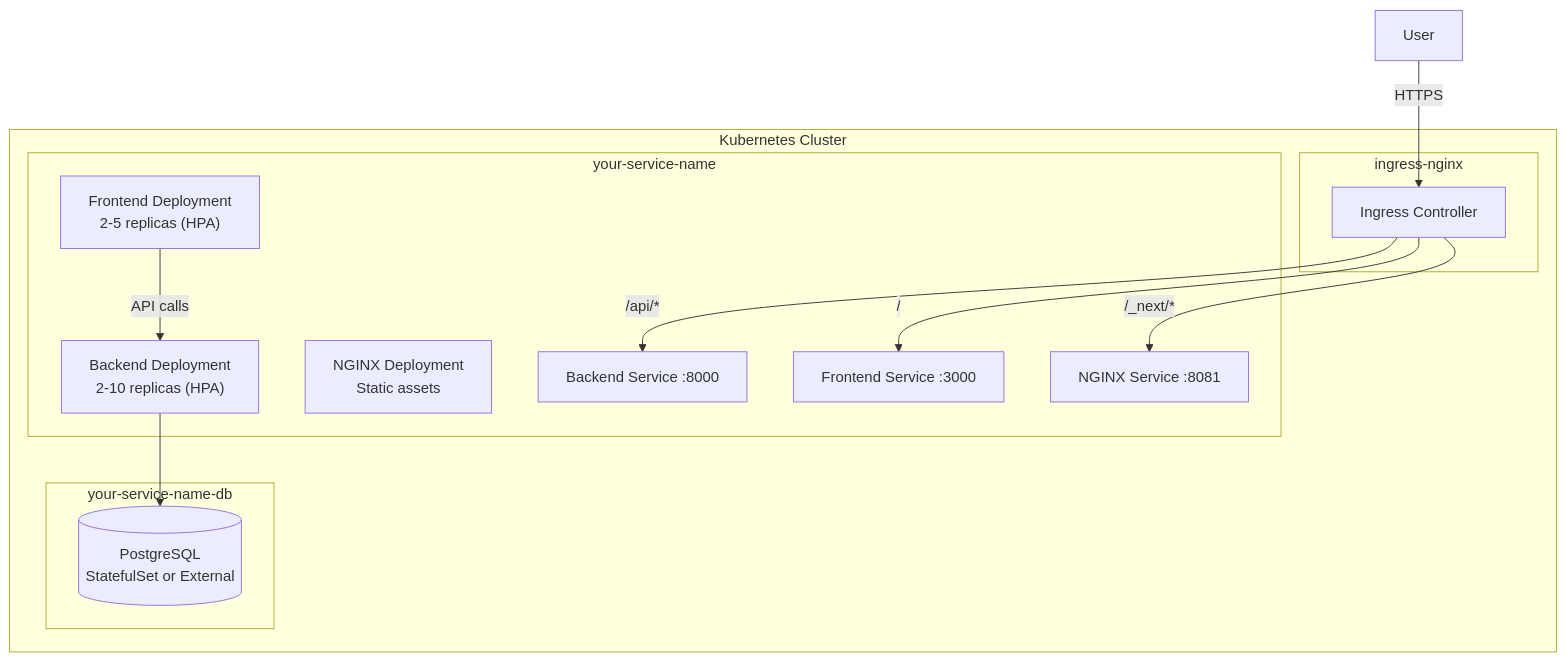
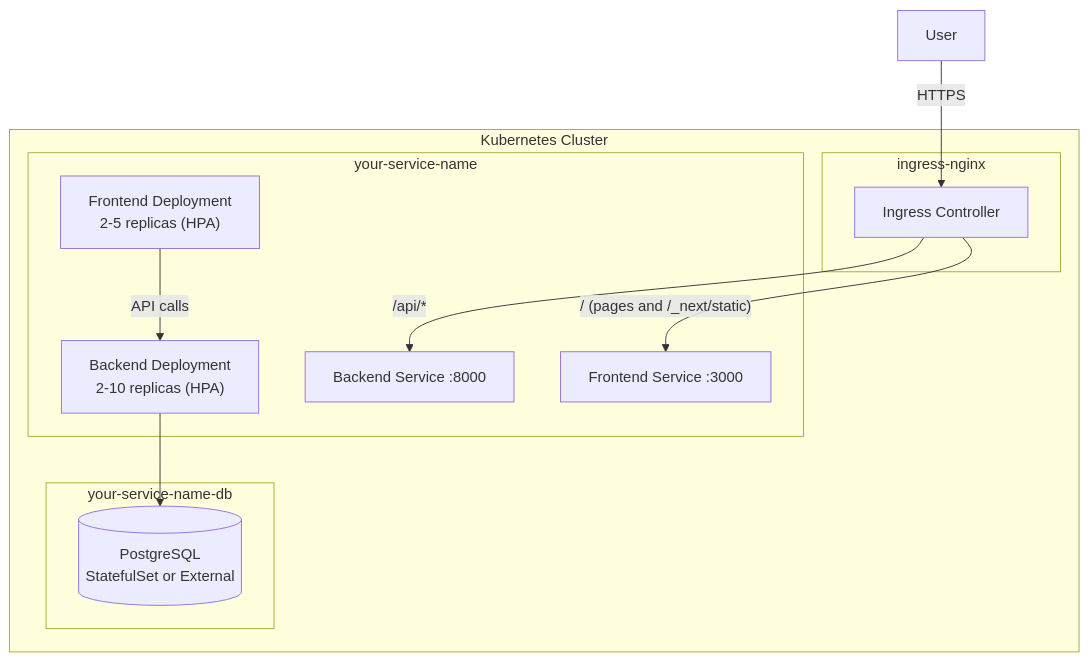
Before and after one commit to berserkhmdvhb/fullstack_template: the second of 2 diagrams in README.md, drawn with Mermaid. The commit also changed other lines of this file and 24 other files, not shown here.

Commit message:
docs: describe the two-image architecture; the Next.js server serves its own assets

````diff
--- a/README.md
+++ b/README.md
@@ -175,28 +174,25 @@
 ```mermaid
 flowchart TB
   subgraph Cluster["Kubernetes Cluster"]
     subgraph IngressNS["ingress-nginx"]
       IC["Ingress Controller"]
     end
 
     subgraph AppNS["your-service-name"]
       BE["Backend Deployment<br/>2-10 replicas (HPA)"]
       FE["Frontend Deployment<br/>2-5 replicas (HPA)"]
-      NG["NGINX Deployment<br/>Static assets"]
       BS["Backend Service :8000"]
       FS["Frontend Service :3000"]
-      NS["NGINX Service :8081"]
     end
 
     subgraph DBNS["your-service-name-db"]
       PG[("PostgreSQL<br/>StatefulSet or External")]
     end
   end
 
   User -->|"HTTPS"| IC
-  IC -->|"/"| FS
+  IC -->|"/ (pages and /_next/static)"| FS
   IC -->|"/api/*"| BS
-  IC -->|"/_next/*"| NS
   BE --> PG
   FE -->|"API calls"| BE
 ```
````
